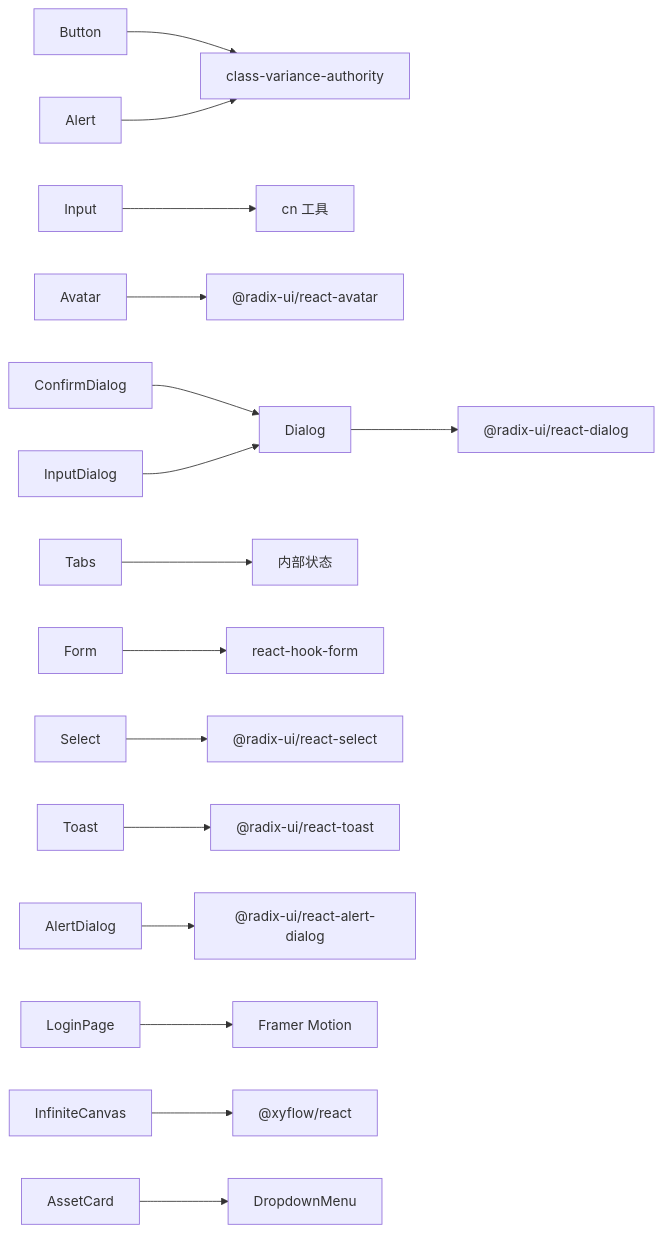
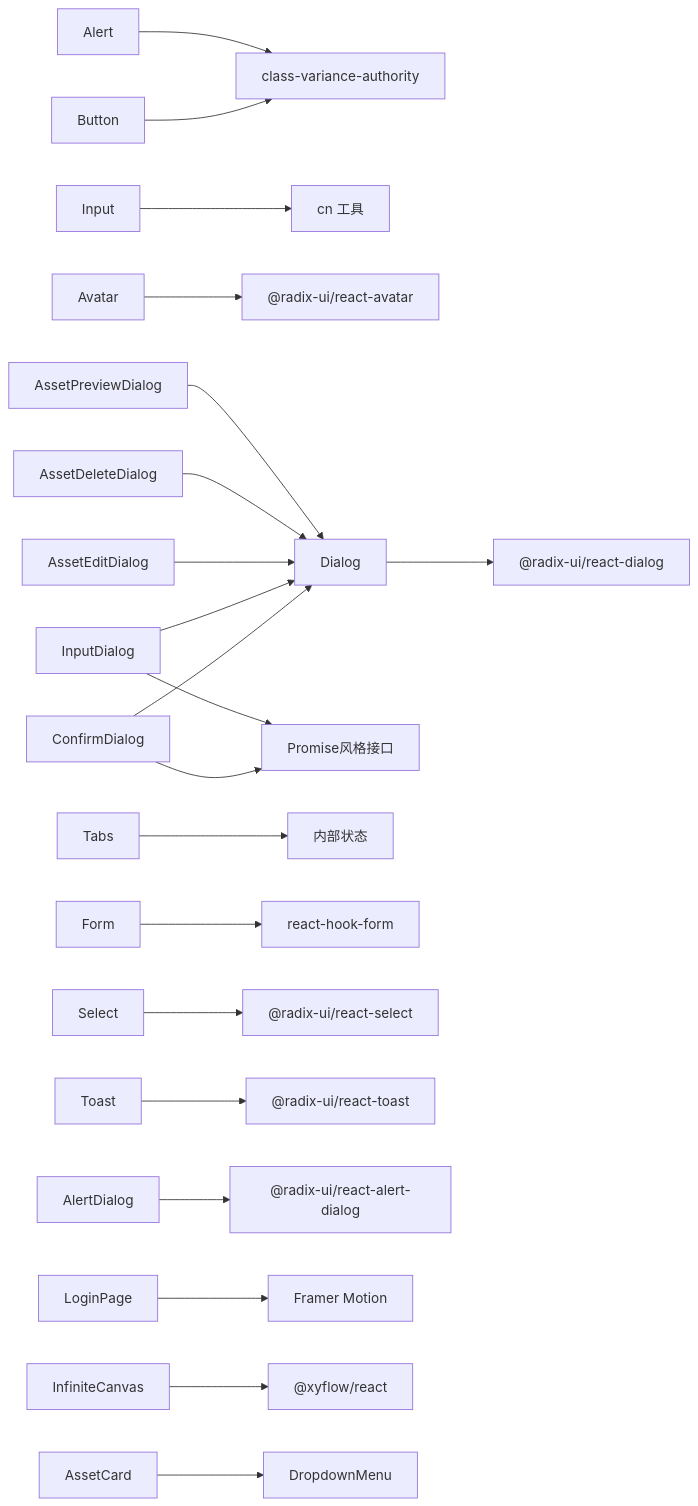
The ninth of 9 diagrams in .qoder/repowiki/zh/content/前端组件系统/UI组件库/UI组件库.md (KunLabAI/KunFlix), drawn with Mermaid before and after one commit. The commit also changed other lines of this file and 88 other files, not shown here.

````diff
--- a/.qoder/repowiki/zh/content/前端组件系统/UI组件库/UI组件库.md
+++ b/.qoder/repowiki/zh/content/前端组件系统/UI组件库/UI组件库.md
@@ -689,18 +760,23 @@
 ```mermaid
 graph LR
 BTN["Button"] --> CVA["class-variance-authority"]
 INP["Input"] --> UTIL["cn 工具"]
 AV["Avatar"] --> RADIX_AV["@radix-ui/react-avatar"]
 DLG["Dialog"] --> RADIX_D["@radix-ui/react-dialog"]
 CDLG["ConfirmDialog"] --> DLG
 IDLG["InputDialog"] --> DLG
+CDLG --> PROMISE["Promise风格接口"]
+IDLG --> PROMISE
 TABS["Tabs"] --> STATE["内部状态"]
 FORM["Form"] --> RHF["react-hook-form"]
 SEL["Select"] --> RADIX_S["@radix-ui/react-select"]
 ALERT["Alert"] --> CVA
 TOAST["Toast"] --> RADIX_T["@radix-ui/react-toast"]
 AD["AlertDialog"] --> RADIX_AD["@radix-ui/react-alert-dialog"]
 LOGIN["LoginPage"] --> FM["Framer Motion"]
 THEATER["InfiniteCanvas"] --> RF["@xyflow/react"]
 ASSET["AssetCard"] --> DROP["DropdownMenu"]
+ASSET_EDIT["AssetEditDialog"] --> DLG
+ASSET_DELETE["AssetDeleteDialog"] --> DLG
+ASSET_PREVIEW["AssetPreviewDialog"] --> DLG
 ```
````
